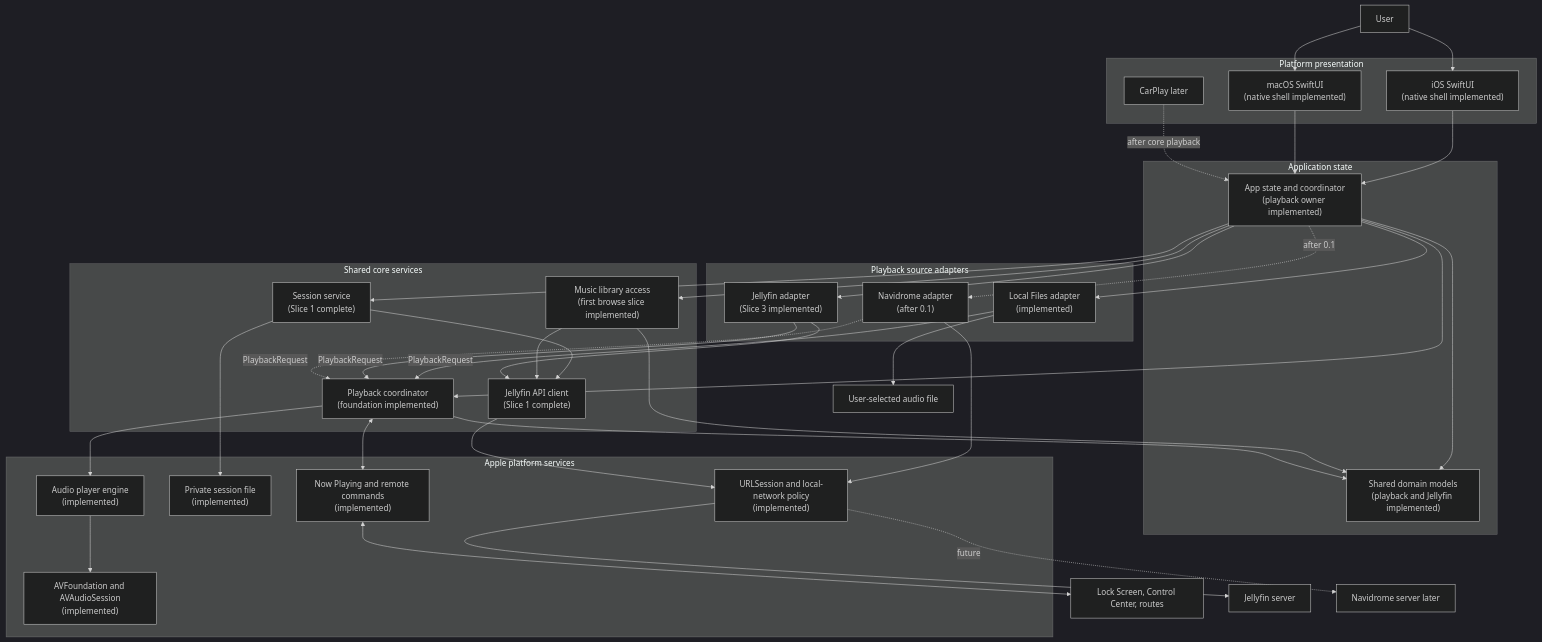
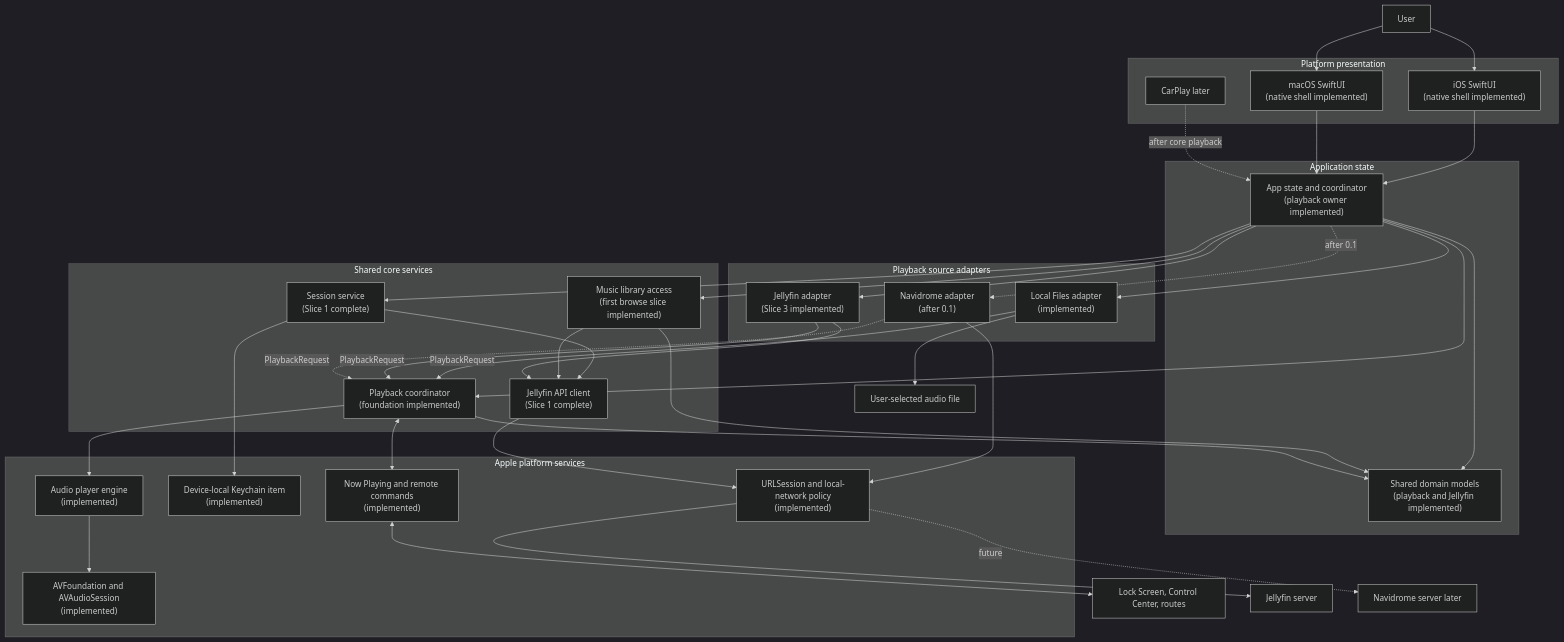
One commit to schillt/velacanto changed the first of 4 diagrams in docs/architecture.md. Above: the diagram before and after it, drawn with Mermaid (dark theme). The commit also changed other lines of this file and 8 other files, not shown here.

````diff
--- a/docs/architecture.md
+++ b/docs/architecture.md
@@ -9,74 +9,74 @@
 ```mermaid
 flowchart TB
     User["User"]
     SystemUI["Lock Screen, Control Center, routes"]
 
     subgraph Presentation["Platform presentation"]
         IOS["iOS SwiftUI<br/>(native shell implemented)"]
         Mac["macOS SwiftUI<br/>(native shell implemented)"]
         CarPlay["CarPlay later"]
     end
 
     subgraph Application["Application state"]
         Coordinator["App state and coordinator<br/>(playback owner implemented)"]
         Models["Shared domain models<br/>(playback and Jellyfin implemented)"]
     end
 
     subgraph Core["Shared core services"]
         Session["Session service<br/>(Slice 1 complete)"]
         API["Jellyfin API client<br/>(Slice 1 complete)"]
         Library["Music library access<br/>(first browse slice implemented)"]
         Playback["Playback coordinator<br/>(foundation implemented)"]
     end
 
     subgraph Sources["Playback source adapters"]
         LocalAdapter["Local Files adapter<br/>(implemented)"]
         JellyfinAdapter["Jellyfin adapter<br/>(Slice 3 implemented)"]
         NavidromeAdapter["Navidrome adapter<br/>(after 0.1)"]
     end
 
     subgraph Apple["Apple platform services"]
         Networking["URLSession and local-network policy<br/>(implemented)"]
-        TokenFile["Private session file<br/>(implemented)"]
+        Keychain["Device-local Keychain item<br/>(implemented)"]
         Engine["Audio player engine<br/>(implemented)"]
         AV["AVFoundation and AVAudioSession<br/>(implemented)"]
         Media["Now Playing and remote commands<br/>(implemented)"]
     end
 
     LocalFile["User-selected audio file"]
     Jellyfin["Jellyfin server"]
     Navidrome["Navidrome server later"]
 
     User --> IOS
     User --> Mac
     IOS --> Coordinator
     Mac --> Coordinator
     CarPlay -. "after core playback" .-> Coordinator
 
     Coordinator --> Session
     Coordinator --> Library
     Coordinator --> Playback
     Coordinator --> Models
     Coordinator --> LocalAdapter
     Coordinator --> JellyfinAdapter
     Coordinator -. "after 0.1" .-> NavidromeAdapter
 
     Session --> API
-    Session --> TokenFile
+    Session --> Keychain
     Library --> API
     Library --> Models
     Playback --> Models
     LocalAdapter -- "PlaybackRequest" --> Playback
     JellyfinAdapter -- "PlaybackRequest" --> Playback
     NavidromeAdapter -. "PlaybackRequest" .-> Playback
     LocalAdapter --> LocalFile
     JellyfinAdapter --> API
     NavidromeAdapter --> Networking
     API --> Networking
     Networking --> Jellyfin
     Networking -. "future" .-> Navidrome
     Playback --> Engine
     Engine --> AV
     Playback <--> Media
     Media <--> SystemUI
 ```
````
